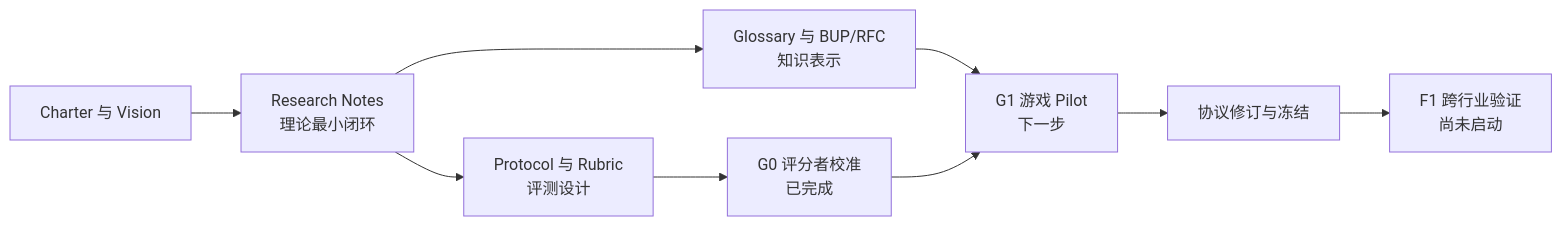
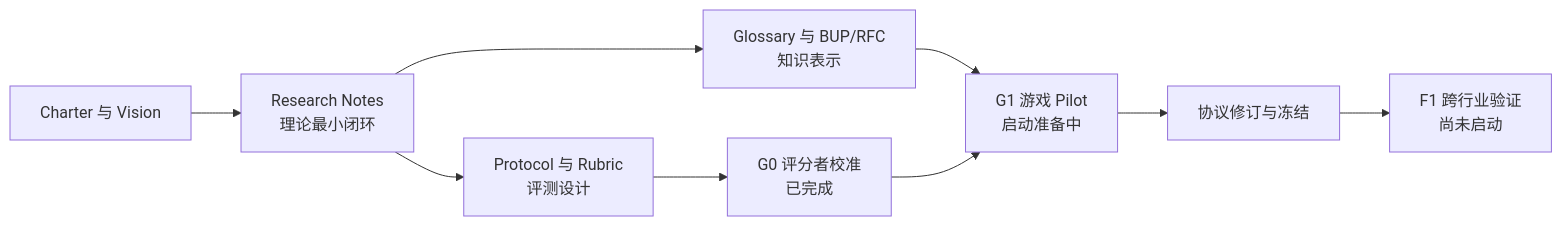
The diagram in README.md (zeslyn/analytical_business_understanding), drawn with Mermaid before and after one commit. The commit also changed other lines of this file and 34 other files, not shown here.

````diff
--- a/README.md
+++ b/README.md
@@ -38,11 +38,11 @@
 ```mermaid
 flowchart LR
     A["Charter 与 Vision"] --> B["Research Notes<br/>理论最小闭环"]
     B --> C["Glossary 与 BUP/RFC<br/>知识表示"]
     B --> D["Protocol 与 Rubric<br/>评测设计"]
     D --> E["G0 评分者校准<br/>已完成"]
-    C --> F["G1 游戏 Pilot<br/>下一步"]
+    C --> F["G1 游戏 Pilot<br/>启动准备中"]
     E --> F
     F --> G["协议修订与冻结"]
     G --> H["F1 跨行业验证<br/>尚未启动"]
 ```
````
